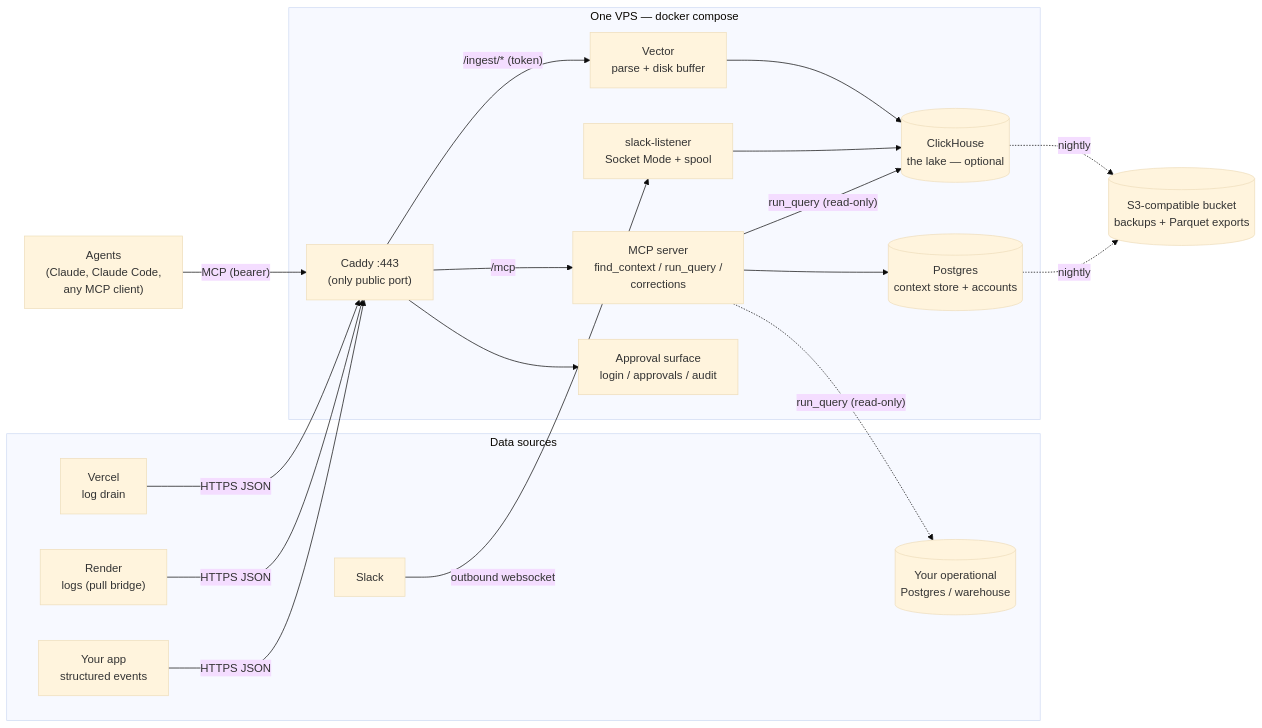
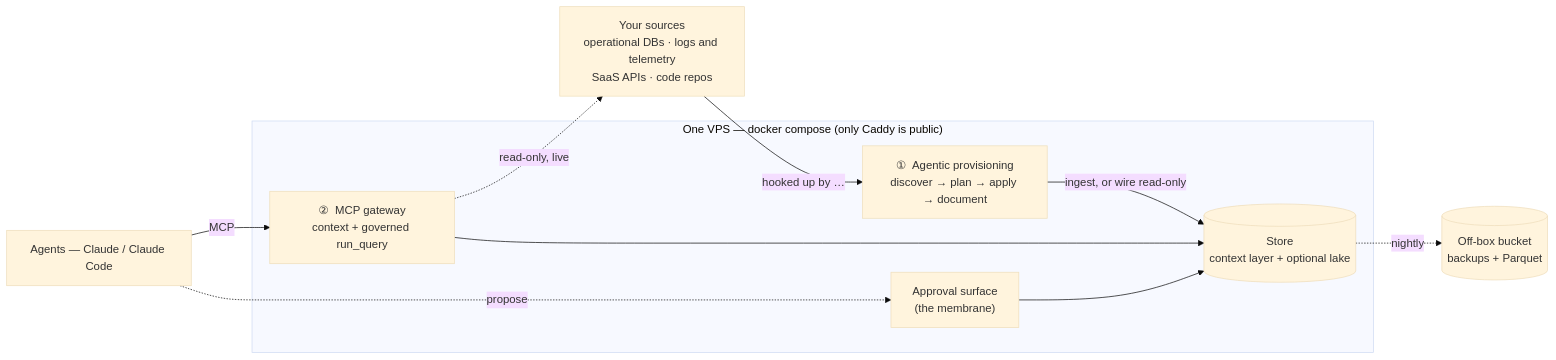
One commit to Hedgy-Labs/setoku changed the first of 2 diagrams in README.md. Above: the diagram before and after it, drawn with Mermaid (base theme). The commit also changed other lines of this file, not shown here.

First line of the commit message:
README: cut 'Explicitly rejected'; abstract the arch diagram into the two pieces

````diff
--- a/README.md
+++ b/README.md
@@ -124,39 +127,23 @@
 ```mermaid
 flowchart LR
-    subgraph sources["Data sources"]
-        V["Vercel<br/>log drain"]
-        R["Render<br/>logs (pull bridge)"]
-        S["Slack"]
-        A["Your app<br/>structured events"]
-        PGsrc[("Your operational<br/>Postgres / warehouse")]
+    SRC["Your sources<br/>operational DBs · logs and telemetry<br/>SaaS APIs · code repos"]
+
+    subgraph box["One VPS — docker compose (only Caddy is public)"]
+        FDE["①  Agentic provisioning<br/>discover → plan → apply → document"]
+        STORE[("Store<br/>context layer + optional lake")]
+        GW["②  MCP gateway<br/>context + governed run_query"]
+        MEM["Approval surface<br/>(the membrane)"]
     end
 
-    subgraph box["One VPS — docker compose"]
-        C["Caddy :443<br/>(only public port)"]
-        VE["Vector<br/>parse + disk buffer"]
-        SL["slack-listener<br/>Socket Mode + spool"]
-        CH[("ClickHouse<br/>the lake — optional")]
-        PG[("Postgres<br/>context store + accounts")]
-        M["MCP server<br/>find_context / run_query /<br/>corrections"]
-        W["Approval surface<br/>login / approvals / audit"]
-    end
+    AG["Agents — Claude / Claude Code"]
+    S3[("Off-box bucket<br/>backups + Parquet")]
 
-    AG["Agents<br/>(Claude, Claude Code,<br/>any MCP client)"]
-    S3[("S3-compatible bucket<br/>backups + Parquet exports")]
-
-    V -- "HTTPS JSON" --> C
-    R -- "HTTPS JSON" --> C
-    A -- "HTTPS JSON" --> C
-    S -- "outbound websocket" --> SL
-    C -- "/ingest/* (token)" --> VE
-    VE --> CH
-    SL --> CH
-    AG -- "MCP (bearer)" --> C
-    C -- "/mcp" --> M
-    C --> W
-    M --> PG
-    M -- "run_query (read-only)" --> CH
-    M -. "run_query (read-only)" .-> PGsrc
-    CH -. "nightly" .-> S3
-    PG -. "nightly" .-> S3
+    SRC -- "hooked up by …" --> FDE
+    FDE -- "ingest, or wire read-only" --> STORE
+    GW --> STORE
+    GW -. "read-only, live" .-> SRC
+    AG -- "MCP" --> GW
+    AG -. "propose" .-> MEM
+    MEM --> STORE
+    STORE -. "nightly" .-> S3
 ```
````
